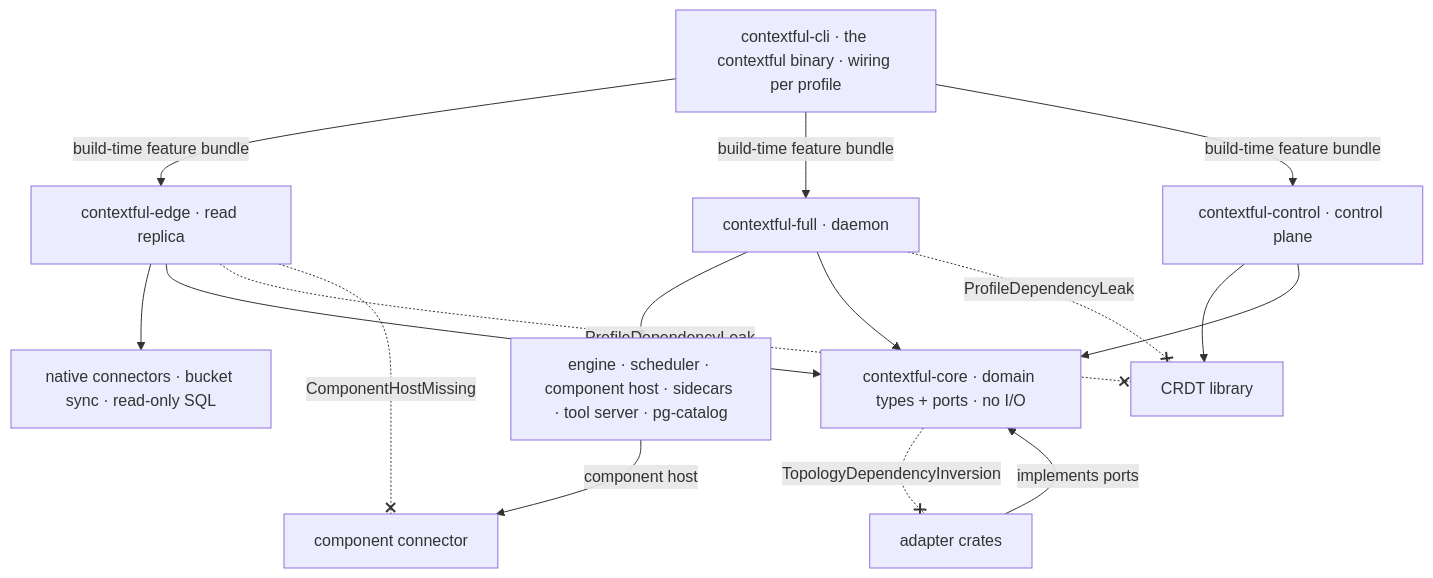
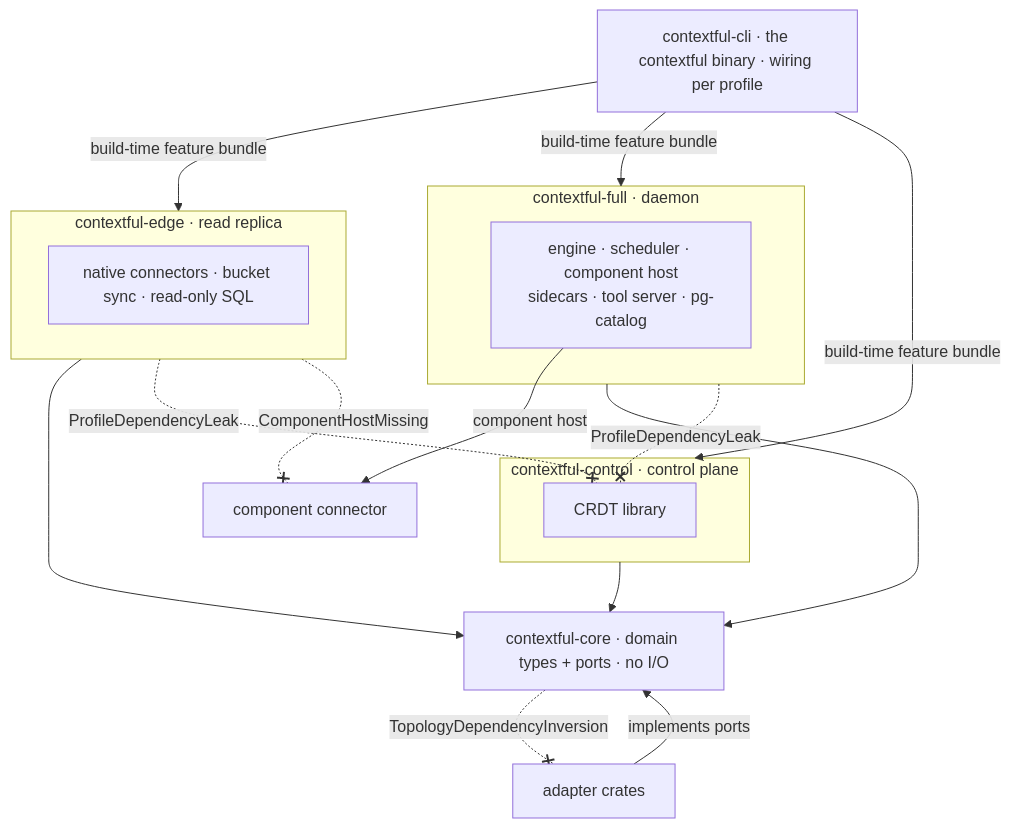
The second of 5 diagrams in spec/01-topology.md (fractalboxdev/contextful), drawn with Mermaid before and after one commit. The commit also changed other lines of this file and 33 other files, not shown here.

Commit message:
spec: diagrams draw contracts, parties and trust zones as containers; a node standing for one is refused

````diff
--- a/spec/01-topology.md
+++ b/spec/01-topology.md
@@ -136,25 +156,26 @@
 ```mermaid
 flowchart TD
   CLI["contextful-cli · the contextful binary · wiring per profile"]
-  EDGE["contextful-edge · read replica"]
-  FULL["contextful-full · daemon"]
-  CTRL["contextful-control · control plane"]
   CORE["contextful-core · domain types + ports · no I/O"]
   ADAPT["adapter crates"]
-  NATIVE["native connectors · bucket sync · read-only SQL"]
-  DAEMON["engine · scheduler · component host · sidecars · tool server · pg-catalog"]
-  CRDT["CRDT library"]
   COMP["component connector"]
 
+  subgraph EDGE["contextful-edge · read replica"]
+    NATIVE["native connectors · bucket sync · read-only SQL"]
+  end
+  subgraph FULL["contextful-full · daemon"]
+    DAEMON["engine · scheduler · component host<br/>sidecars · tool server · pg-catalog"]
+  end
+  subgraph CTRL["contextful-control · control plane"]
+    CRDT["CRDT library"]
+  end
+
   CLI -- "build-time feature bundle" --> EDGE & FULL & CTRL
-  EDGE --> NATIVE
-  FULL --> DAEMON
-  CTRL --> CRDT
   EDGE & FULL & CTRL --> CORE
   ADAPT -- "implements ports" --> CORE
   CORE -. "TopologyDependencyInversion" .-x ADAPT
   EDGE -. "ProfileDependencyLeak" .-x CRDT
   FULL -. "ProfileDependencyLeak" .-x CRDT
   EDGE -. "ComponentHostMissing" .-x COMP
   DAEMON -- "component host" --> COMP
 ```
````
